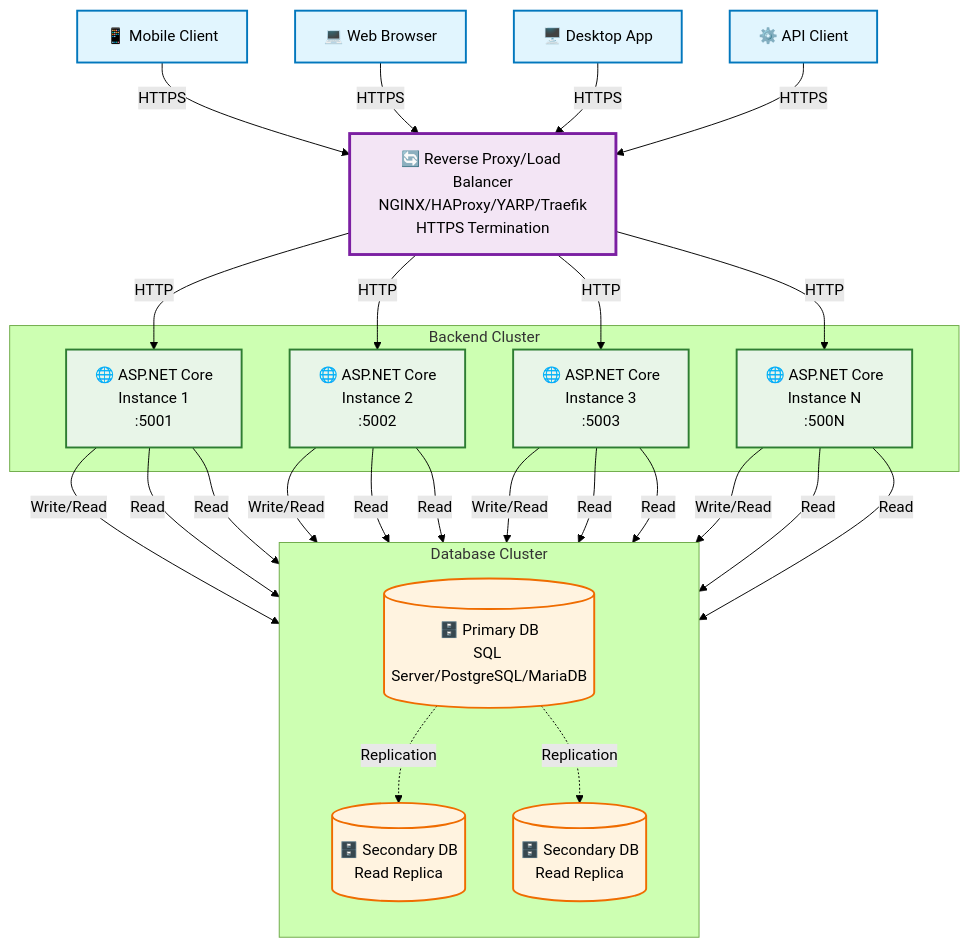
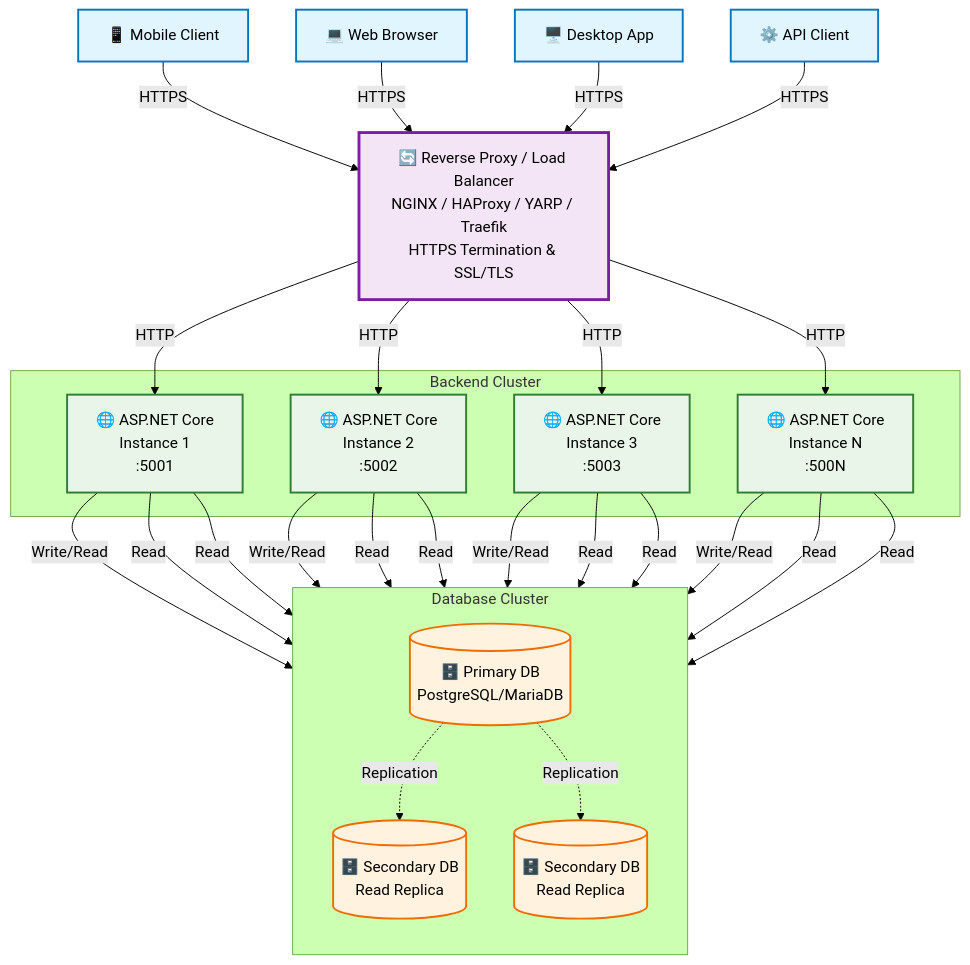
The diagram in docker/docker-docs/asp-net-docker/index.md (GreppiDev/Info5IA2425WebDev), drawn with Mermaid (forest theme) before and after one commit. The commit also changed other lines of this file and 47 other files, not shown here.

````diff
--- a/docker/docker-docs/asp-net-docker/index.md
+++ b/docker/docker-docs/asp-net-docker/index.md
@@ -155,71 +166,71 @@
        ```mermaid
-        graph TB
+      graph TB
         %% Client Layer
         C1[📱 Mobile Client]
         C2[💻 Web Browser]
         C3[🖥️ Desktop App]
         C4[⚙️ API Client]
         
         %% Load Balancer/Reverse Proxy
-        LB[🔄 Reverse Proxy/Load Balancer<br/>NGINX/HAProxy/YARP/Traefik<br/>HTTPS Termination]
+        LB[🔄 Reverse Proxy / Load Balancer<br/>NGINX / HAProxy / YARP / Traefik<br/>HTTPS Termination & SSL/TLS]
         
         %% ASP.NET Core Backend Instances
         subgraph "Backend Cluster"
             BE1[🌐 ASP.NET Core<br/>Instance 1<br/>:5001]
             BE2[🌐 ASP.NET Core<br/>Instance 2<br/>:5002]
             BE3[🌐 ASP.NET Core<br/>Instance 3<br/>:5003]
             BE4[🌐 ASP.NET Core<br/>Instance N<br/>:500N]
         end
         
         %% Database Cluster
         subgraph "Database Cluster"
             direction TB
-            DB1[(🗄️ Primary DB<br/>SQL Server/PostgreSQL/MariaDB)]
+            DB1[(🗄️ Primary DB<br/>PostgreSQL/MariaDB)]
             DB2[(🗄️ Secondary DB<br/>Read Replica)]
             DB3[(🗄️ Secondary DB<br/>Read Replica)]
             
             %% Database internal connections
             DB1 -.->|Replication| DB2
             DB1 -.->|Replication| DB3
         end
         
         %% Client to Load Balancer (HTTPS)
         C1 -->|HTTPS| LB
         C2 -->|HTTPS| LB
         C3 -->|HTTPS| LB
         C4 -->|HTTPS| LB
         
         %% Load Balancer to Backend (HTTP)
         LB -->|HTTP| BE1
         LB -->|HTTP| BE2
         LB -->|HTTP| BE3
         LB -->|HTTP| BE4
         
         %% Backend to Database
         BE1 -->|Write/Read| DB1
         BE1 -->|Read| DB2
         BE1 -->|Read| DB3
         
         BE2 -->|Write/Read| DB1
         BE2 -->|Read| DB2
         BE2 -->|Read| DB3
         
         BE3 -->|Write/Read| DB1
         BE3 -->|Read| DB2
         BE3 -->|Read| DB3
         
         BE4 -->|Write/Read| DB1
         BE4 -->|Read| DB2
         BE4 -->|Read| DB3
         
         %% Styling
         classDef client fill:#e1f5fe,stroke:#0277bd,stroke-width:2px
         classDef proxy fill:#f3e5f5,stroke:#7b1fa2,stroke-width:3px
         classDef backend fill:#e8f5e8,stroke:#2e7d32,stroke-width:2px
         classDef database fill:#fff3e0,stroke:#ef6c00,stroke-width:2px
         
         class C1,C2,C3,C4 client
         class LB proxy
         class BE1,BE2,BE3,BE4 backend
         class DB1,DB2,DB3 database
        ```
````
